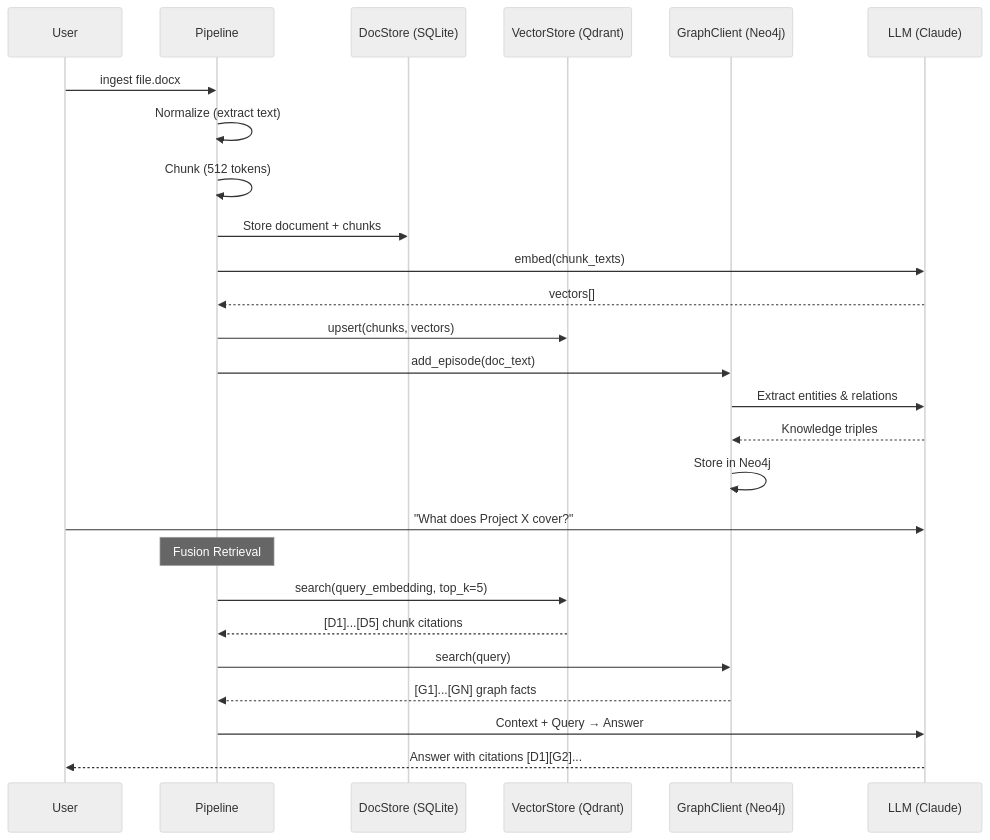
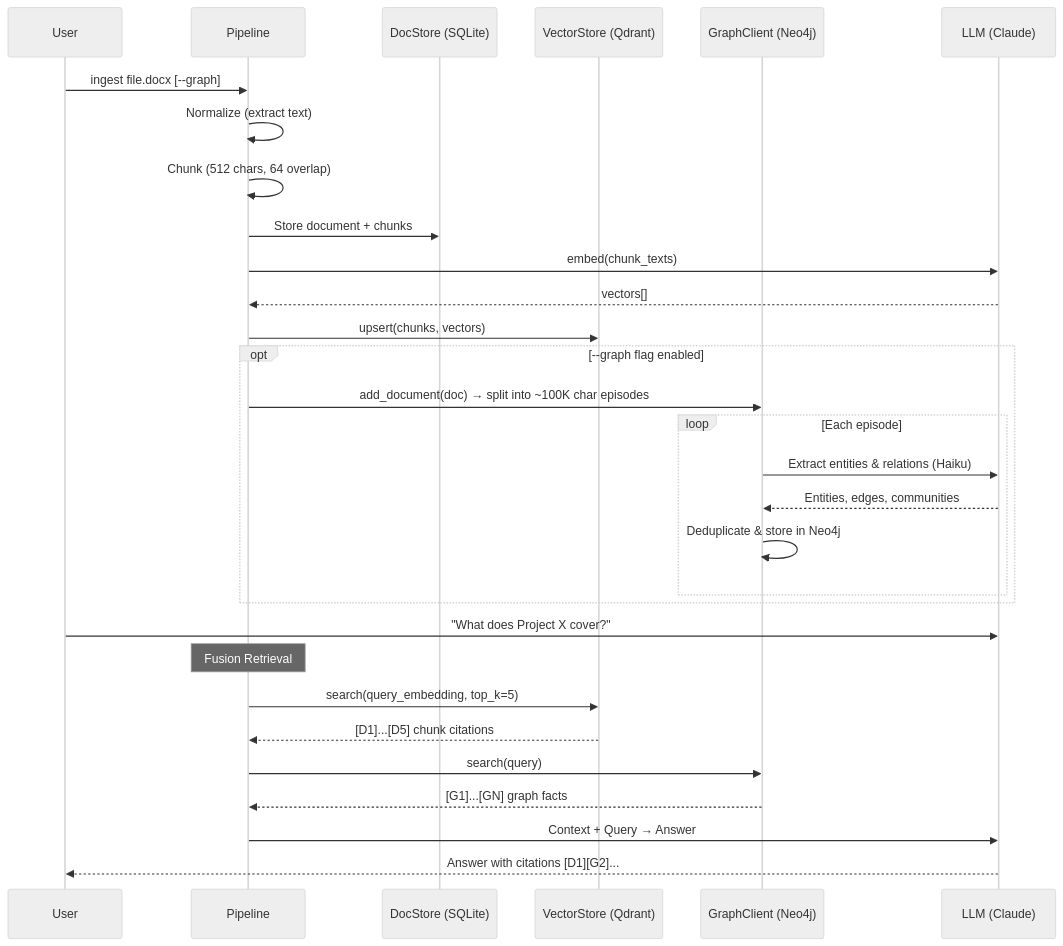
The second of 3 diagrams in README.md (babegeman/brain), drawn with Mermaid (neutral theme) before and after one commit. The commit also changed other lines of this file, not shown here.

Commit message:
Update README to clarify chunking and graph extraction details

````diff
--- a/README.md
+++ b/README.md
@@ -58,30 +58,35 @@
 ```mermaid
 sequenceDiagram
     participant U as User
     participant P as Pipeline
     participant D as DocStore (SQLite)
     participant V as VectorStore (Qdrant)
     participant G as GraphClient (Neo4j)
     participant L as LLM (Claude)
 
-    U->>P: ingest file.docx
+    U->>P: ingest file.docx [--graph]
     P->>P: Normalize (extract text)
-    P->>P: Chunk (512 tokens)
+    P->>P: Chunk (512 chars, 64 overlap)
     P->>D: Store document + chunks
     P->>L: embed(chunk_texts)
     L-->>P: vectors[]
     P->>V: upsert(chunks, vectors)
-    P->>G: add_episode(doc_text)
-    G->>L: Extract entities & relations
-    L-->>G: Knowledge triples
-    G->>G: Store in Neo4j
+
+    opt --graph flag enabled
+        P->>G: add_document(doc) → split into ~100K char episodes
+        loop Each episode
+            G->>L: Extract entities & relations (Haiku)
+            L-->>G: Entities, edges, communities
+            G->>G: Deduplicate & store in Neo4j
+        end
+    end
 
     U->>L: "What does Project X cover?"
     Note over P: Fusion Retrieval
     P->>V: search(query_embedding, top_k=5)
     V-->>P: [D1]...[D5] chunk citations
     P->>G: search(query)
     G-->>P: [G1]...[GN] graph facts
     P->>L: Context + Query → Answer
     L-->>U: Answer with citations [D1][G2]...
 ```
````
